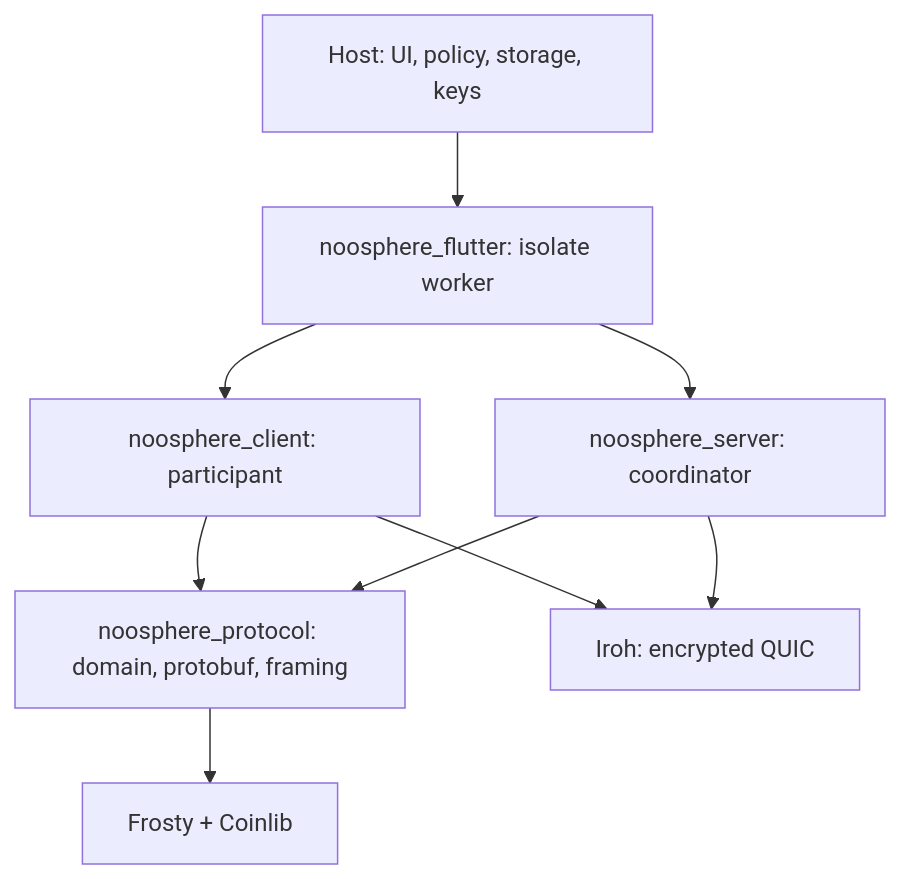
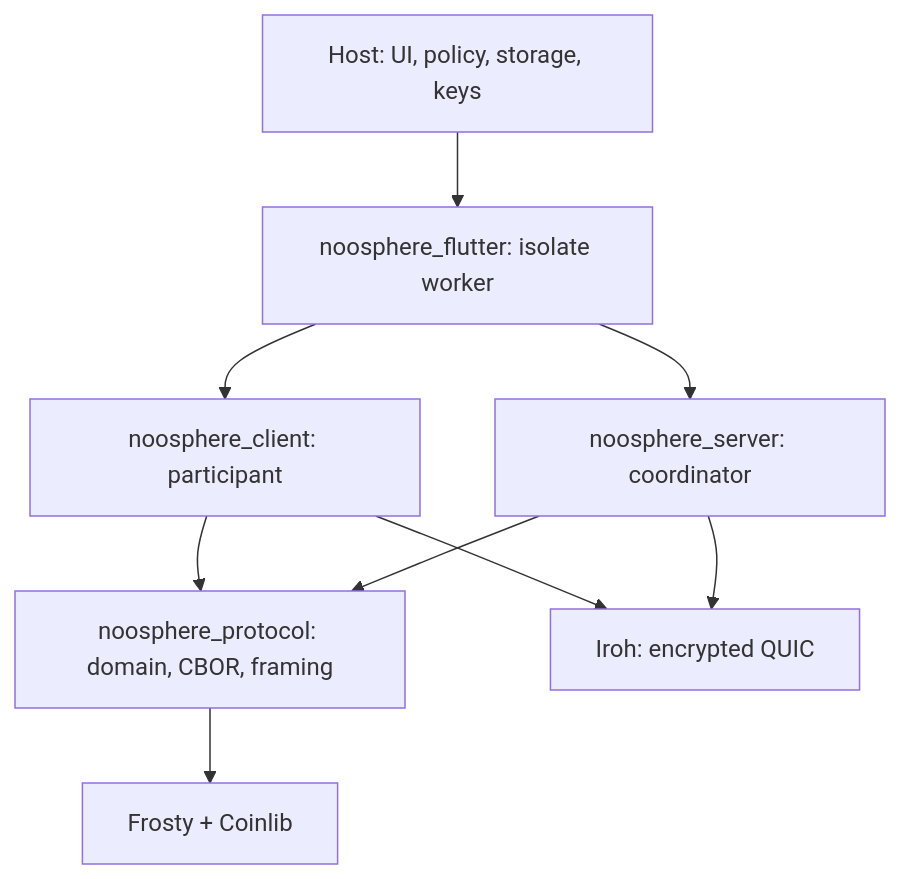
The diagram in docs/architecture/README.md (peerchemist/noosphere), drawn with Mermaid before and after one commit. The commit also changed other lines of this file and 57 other files, not shown here.

Commit message:
Replace protobuf wire format with deterministic CBOR

````diff
--- a/docs/architecture/README.md
+++ b/docs/architecture/README.md
@@ -20,18 +20,18 @@
 ```mermaid
 flowchart TB
     App["Host: UI, policy, storage, keys"]
     Flutter["noosphere_flutter: isolate worker"]
     Client["noosphere_client: participant"]
     Server["noosphere_server: coordinator"]
-    Shared["noosphere_protocol: domain, protobuf, framing"]
+    Shared["noosphere_protocol: domain, CBOR, framing"]
     Iroh["Iroh: encrypted QUIC"]
     Crypto["Frosty + Coinlib"]
     App --> Flutter
     Flutter --> Client
     Flutter --> Server
     Client --> Shared
     Server --> Shared
     Client --> Iroh
     Server --> Iroh
     Shared --> Crypto
 ```
````
